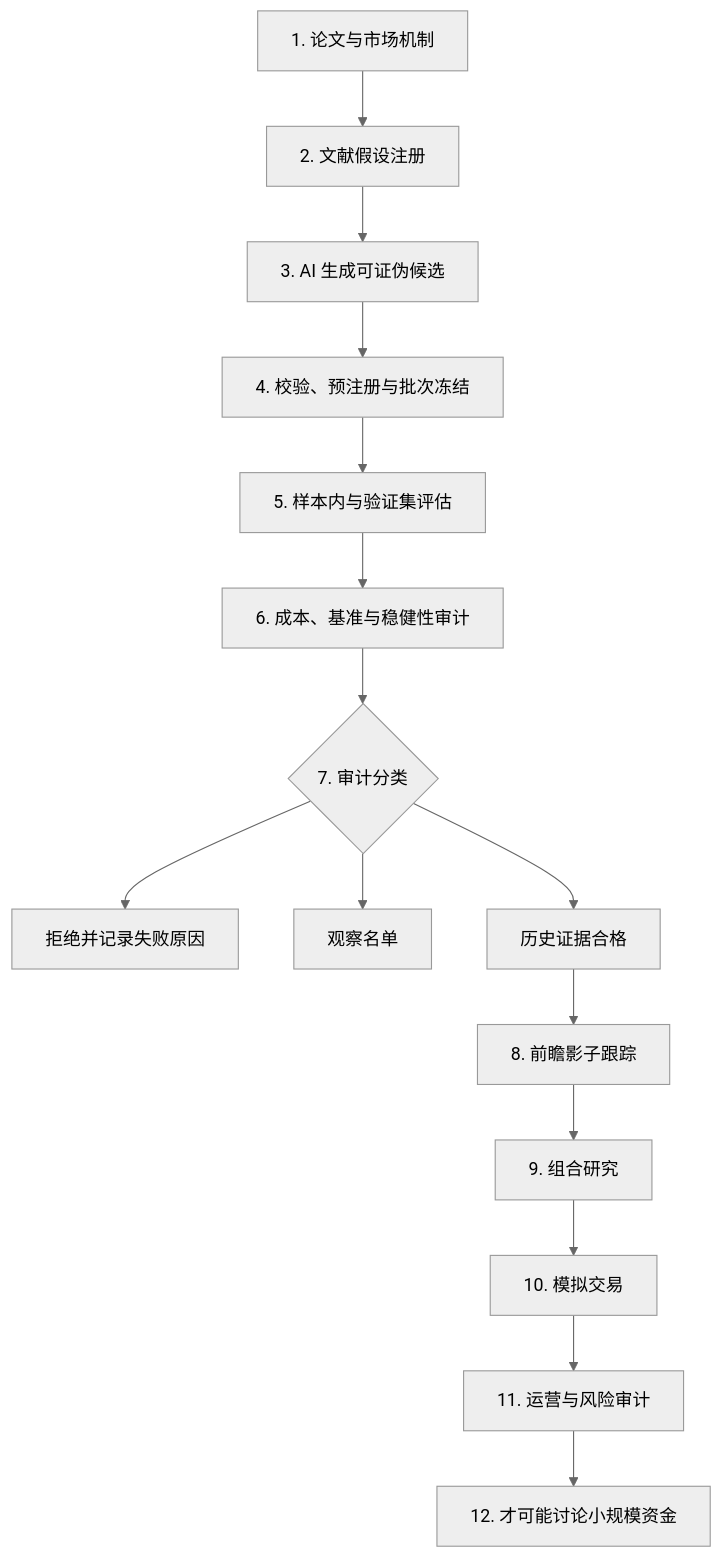
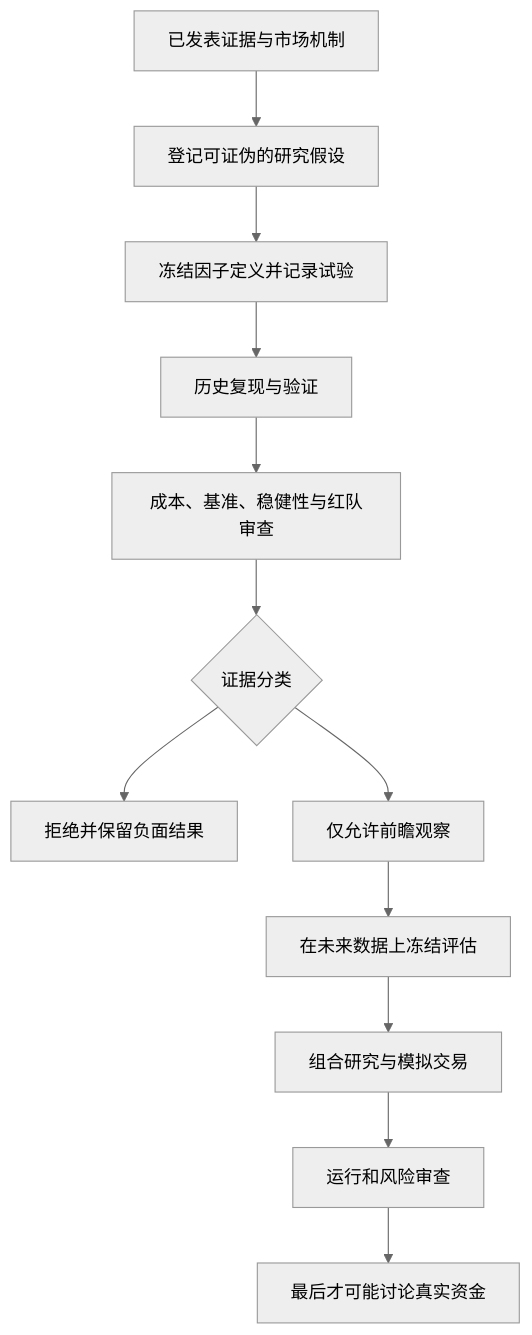
One commit to qniequn-boop/open-crypto-factor-research changed the diagram in README.zh-CN.md. Above: the diagram before and after it, drawn with Mermaid (neutral theme). The commit also changed other lines of this file and 10 other files, not shown here.

````diff
--- a/README.zh-CN.md
+++ b/README.zh-CN.md
@@ -37,17 +36,14 @@
 ```mermaid
 flowchart TD
-    A["1. 论文与市场机制"] --> B["2. 文献假设注册"]
-    B --> C["3. AI 生成可证伪候选"]
-    C --> D["4. 校验、预注册与批次冻结"]
-    D --> E["5. 样本内与验证集评估"]
-    E --> F["6. 成本、基准与稳健性审计"]
-    F --> G{"7. 审计分类"}
-    G --> H["拒绝并记录失败原因"]
-    G --> I["观察名单"]
-    G --> J["历史证据合格"]
-    J --> K["8. 前瞻影子跟踪"]
-    K --> L["9. 组合研究"]
-    L --> M["10. 模拟交易"]
-    M --> N["11. 运营与风险审计"]
-    N --> O["12. 才可能讨论小规模资金"]
+    A["已发表证据与市场机制"] --> B["登记可证伪的研究假设"]
+    B --> C["冻结因子定义并记录试验"]
+    C --> D["历史复现与验证"]
+    D --> E["成本、基准、稳健性与红队审查"]
+    E --> F{"证据分类"}
+    F --> G["拒绝并保留负面结果"]
+    F --> H["仅允许前瞻观察"]
+    H --> I["在未来数据上冻结评估"]
+    I --> J["组合研究与模拟交易"]
+    J --> K["运行和风险审查"]
+    K --> L["最后才可能讨论真实资金"]
 ```
````
